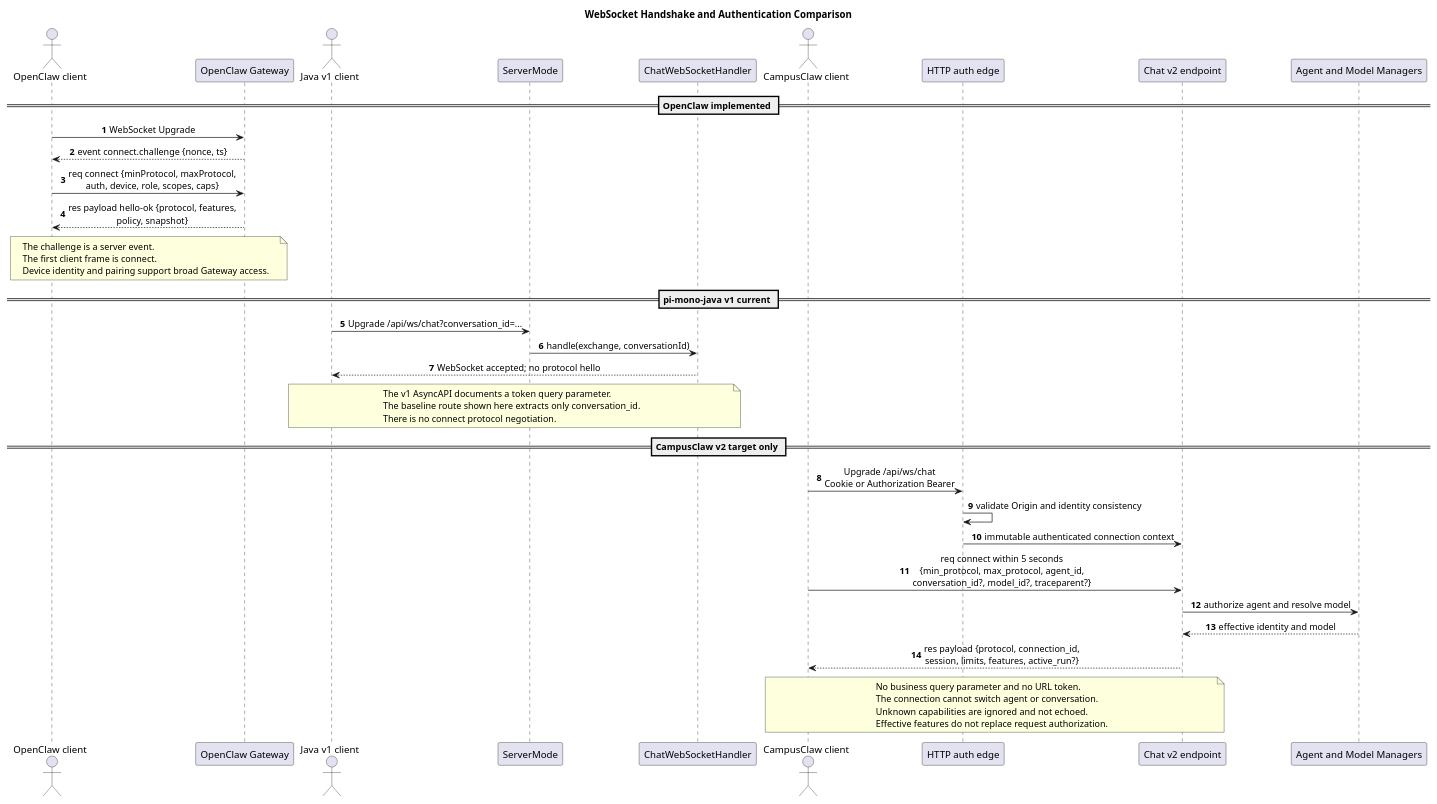
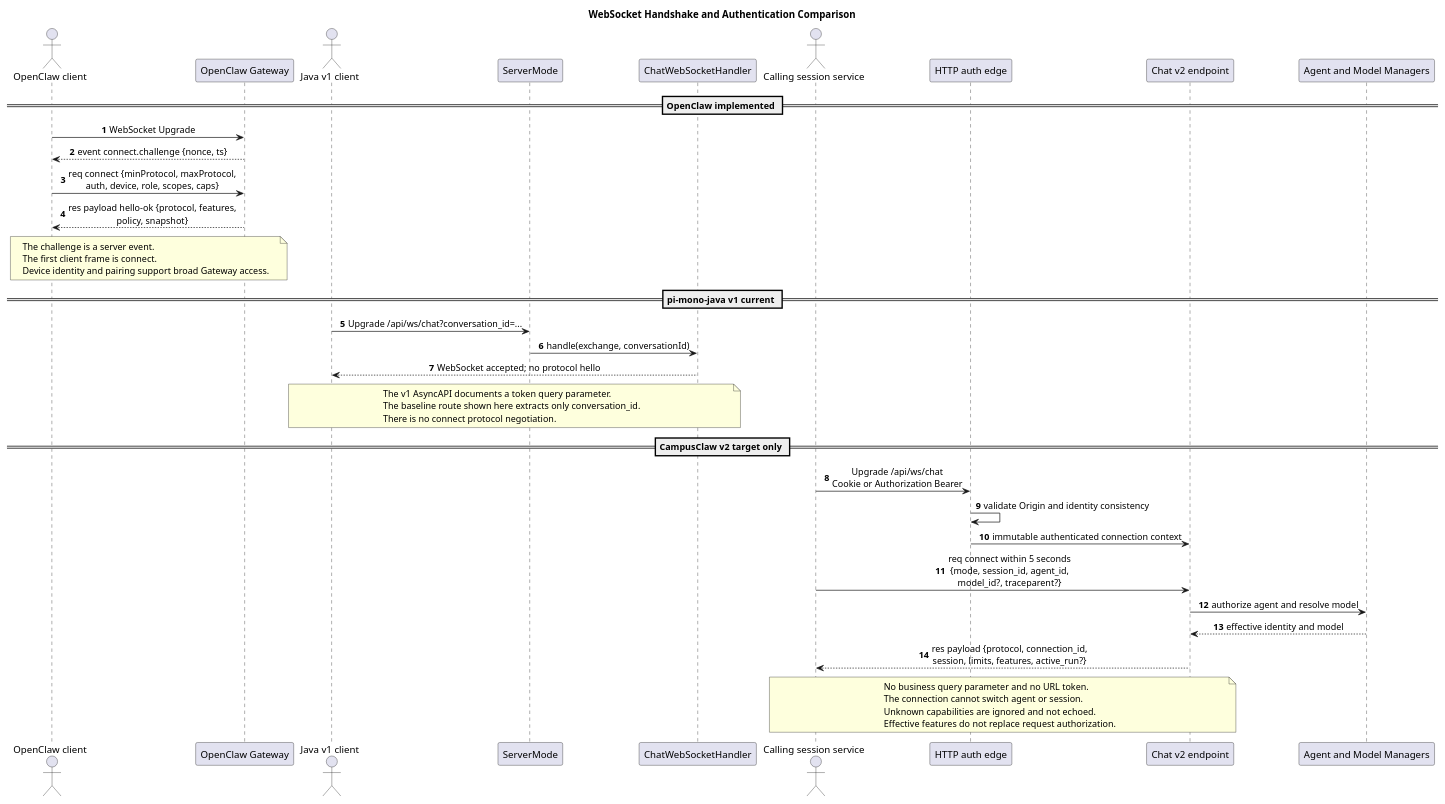
One commit to superheromeZzh/pi-mono-java-design changed the second of 4 diagrams in openclaw-campusclaw-websocket-comparison/diagram.puml. Above: the diagram before and after it, drawn with PlantUML. The commit also changed other lines of this file and 14 other files, not shown here.

Commit message:
docs(agent): clarify runtime session identity

```diff
--- a/openclaw-campusclaw-websocket-comparison/diagram.puml
+++ b/openclaw-campusclaw-websocket-comparison/diagram.puml
@@ -85,68 +87,68 @@
 @startuml websocket_handshake_comparison
 title WebSocket Handshake and Authentication Comparison
 
 ' OpenClaw baseline: b015925bc30f6a8363f290b07d5f8588e21422b8, Gateway Protocol v4
 ' Source: docs/gateway/protocol.md (Handshake, authentication, protocol versioning)
 ' Source: docs/gateway/clients.md (scopes, pairing, capabilities)
 ' Source: packages/gateway-protocol/src/schema/frames.ts (ConnectParamsSchema, HelloOkSchema)
 ' pi-mono-java baseline: 1f7a5423219edfa4519d8719f1cc8a188ed72873
 ' Source: modules/coding-agent-cli/src/main/java/com/campusclaw/codingagent/mode/server/ServerMode.java (configureRoutes)
 ' Source: docs/asyncapi/chat-ws.yaml (query parameters and v1 messages)
 ' Target source: pi-mono-java-manager-driven-multi-agent-runtime/chat-ws-v2.asyncapi.yaml
 ' Observed behavior: OpenClaw emits a challenge before the first client connect Request Frame.
 ' Current Java behavior: the route reads conversation_id and creates or resumes a session immediately.
 ' Target design: CampusClaw authenticates the Upgrade and then requires connect within five seconds.
 ' Design reason: enterprise credentials stay in transport authentication and never enter chat payloads.
 
 skinparam backgroundColor #FFFFFF
 skinparam shadowing false
 skinparam sequenceMessageAlign center
 skinparam defaultFontName Arial
 autonumber
 
 actor "OpenClaw client" as OC
 participant "OpenClaw Gateway" as OG
 actor "Java v1 client" as JV1C
 participant "ServerMode" as SM
 participant "ChatWebSocketHandler" as CWH
-actor "CampusClaw client" as CC
+actor "Calling session service" as CC
 participant "HTTP auth edge" as EDGE
 participant "Chat v2 endpoint" as V2
 participant "Agent and Model Managers" as MGR
 
 == OpenClaw implemented ==
 OC -> OG : WebSocket Upgrade
 OG --> OC : event connect.challenge {nonce, ts}
 OC -> OG : req connect {minProtocol, maxProtocol,\nauth, device, role, scopes, caps}
 OG --> OC : res payload hello-ok {protocol, features,\npolicy, snapshot}
 note over OC,OG
 The challenge is a server event.
 The first client frame is connect.
 Device identity and pairing support broad Gateway access.
 end note
 
 == pi-mono-java v1 current ==
 JV1C -> SM : Upgrade /api/ws/chat?conversation_id=...
 SM -> CWH : handle(exchange, conversationId)
 CWH --> JV1C : WebSocket accepted; no protocol hello
 note over JV1C,CWH
 The v1 AsyncAPI documents a token query parameter.
 The baseline route shown here extracts only conversation_id.
 There is no connect protocol negotiation.
 end note
 
 == CampusClaw v2 target only ==
 CC -> EDGE : Upgrade /api/ws/chat\nCookie or Authorization Bearer
 EDGE -> EDGE : validate Origin and identity consistency
 EDGE -> V2 : immutable authenticated connection context
-CC -> V2 : req connect within 5 seconds\n{min_protocol, max_protocol, agent_id,\nconversation_id?, model_id?, traceparent?}
+CC -> V2 : req connect within 5 seconds\n{mode, session_id, agent_id,\nmodel_id?, traceparent?}
 V2 -> MGR : authorize agent and resolve model
 MGR --> V2 : effective identity and model
 V2 --> CC : res payload {protocol, connection_id,\nsession, limits, features, active_run?}
 note over CC,V2
 No business query parameter and no URL token.
-The connection cannot switch agent or conversation.
+The connection cannot switch agent or session.
 Unknown capabilities are ignored and not echoed.
 Effective features do not replace request authorization.
 end note
 @enduml
```
